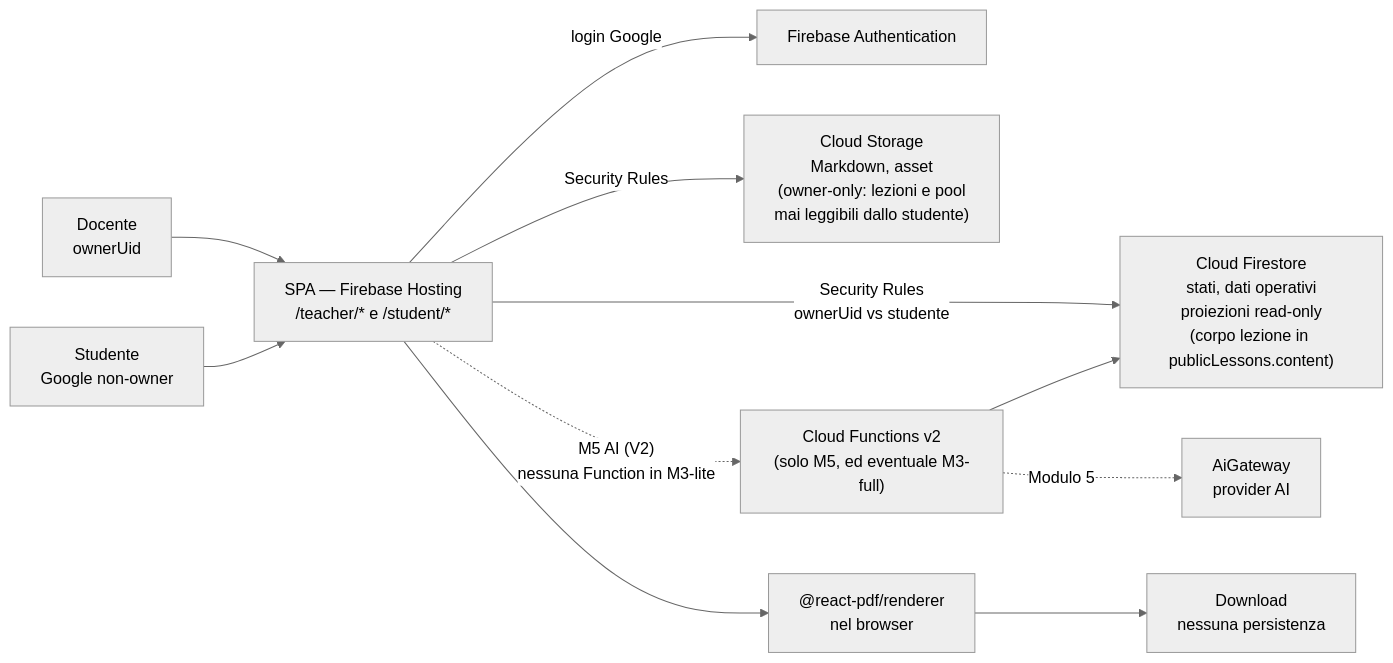
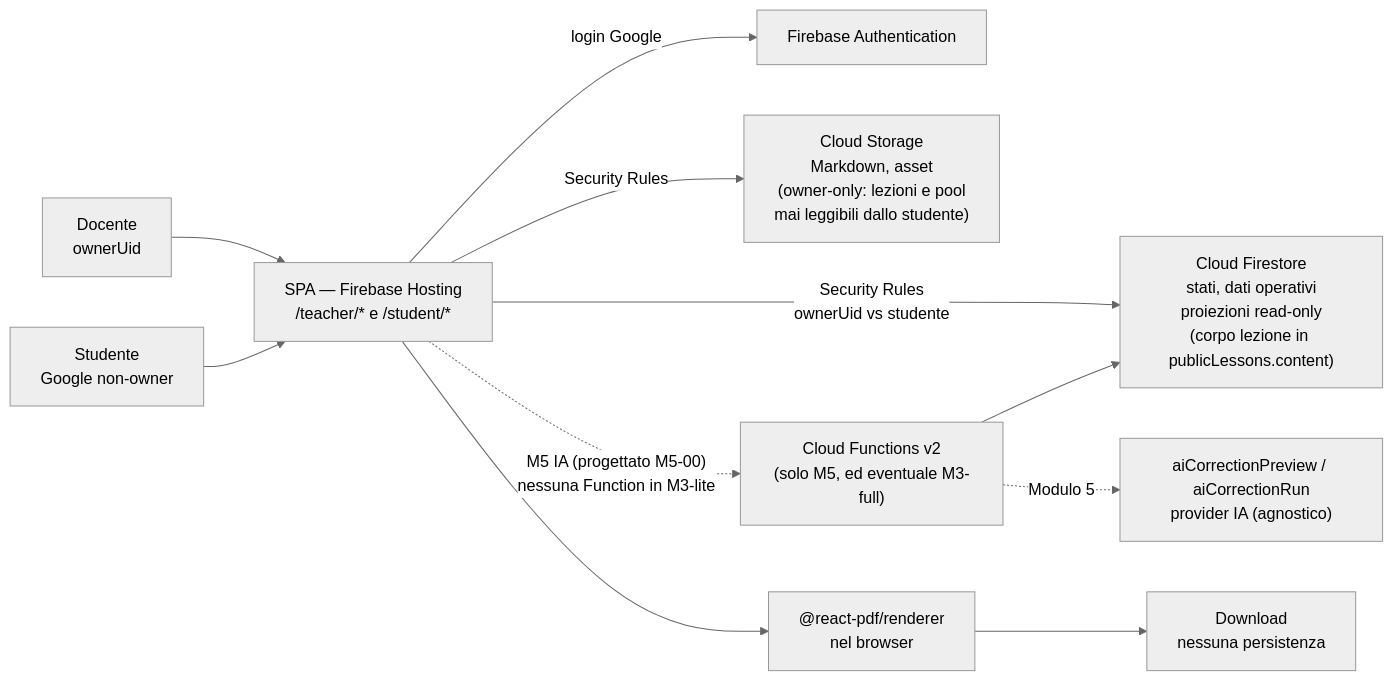
The first of 3 diagrams in documentazione/architettura.md (EnricoPaparo/SchoolForge), drawn with Mermaid (neutral theme) before and after one commit. The commit also changed other lines of this file and 7 other files, not shown here.

````diff
--- a/documentazione/architettura.md
+++ b/documentazione/architettura.md
@@ -210,16 +210,16 @@
 ```mermaid
 flowchart LR
     D["Docente\nownerUid"] --> SPA["SPA — Firebase Hosting\n/teacher/* e /student/*"]
     S["Studente\nGoogle non-owner"] --> SPA
 
     SPA -->|"login Google"| A["Firebase Authentication"]
     SPA -->|"Security Rules\nownerUid vs studente"| F["Cloud Firestore\nstati, dati operativi\nproiezioni read-only\n(corpo lezione in publicLessons.content)"]
     SPA -->|"Security Rules"| CS["Cloud Storage\nMarkdown, asset\n(owner-only: lezioni e pool\nmai leggibili dallo studente)"]
-    SPA -.->|"M5 AI (V2)\nnessuna Function in M3-lite"| CF["Cloud Functions v2\n(solo M5, ed eventuale M3-full)"]
+    SPA -.->|"M5 IA (progettato M5-00)\nnessuna Function in M3-lite"| CF["Cloud Functions v2\n(solo M5, ed eventuale M3-full)"]
 
     CF --> F
-    CF -. "Modulo 5" .-> AI["AiGateway\nprovider AI"]
+    CF -. "Modulo 5" .-> AI["aiCorrectionPreview / aiCorrectionRun\nprovider IA (agnostico)"]
 
     SPA --> PDF["@react-pdf/renderer\nnel browser"]
     PDF --> DL["Download\nnessuna persistenza"]
 ```
````
